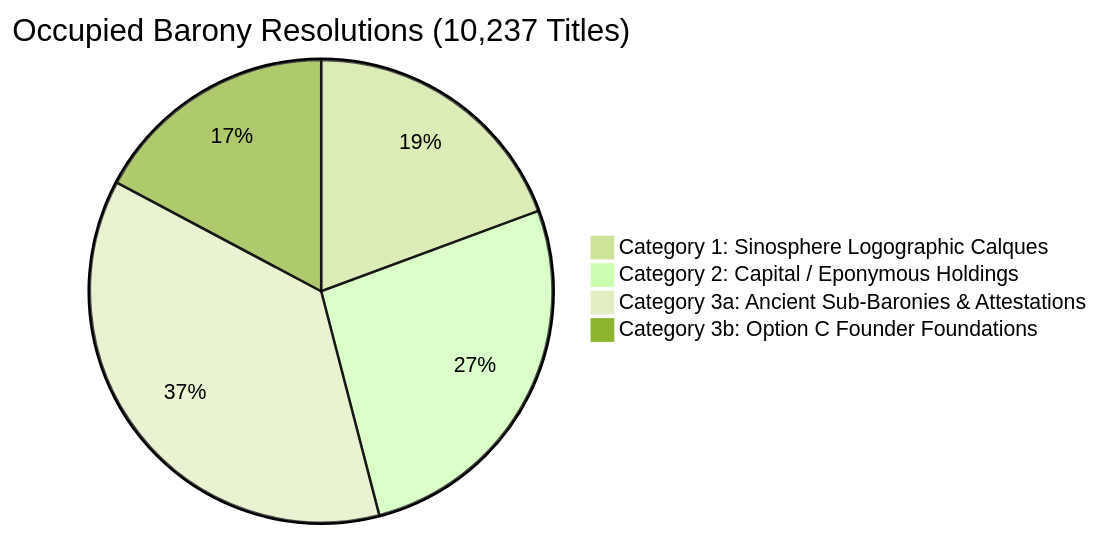
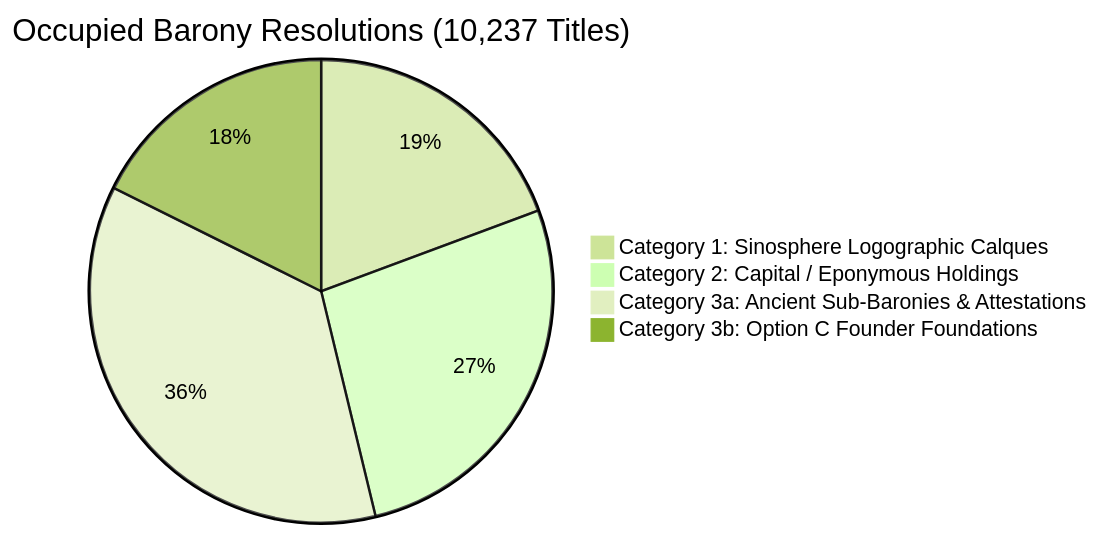
Before and after one commit to skachano/tarraconian_hre: the diagram in barony_historical_audit_and_resolutions.md, drawn with Mermaid (forest theme). The commit also changed other lines of this file and 4 other files, not shown here.

````diff
--- a/barony_historical_audit_and_resolutions.md
+++ b/barony_historical_audit_and_resolutions.md
@@ -38,7 +38,7 @@
 ```mermaid
 pie title Occupied Barony Resolutions (10,237 Titles)
-    "Category 1: Sinosphere Logographic Calques" : 1982
-    "Category 2: Capital / Eponymous Holdings" : 2723
-    "Category 3a: Ancient Sub-Baronies & Attestations" : 3769
-    "Category 3b: Option C Founder Foundations" : 1763
+    "Category 1: Sinosphere Logographic Calques" : 1979
+    "Category 2: Capital / Eponymous Holdings" : 2753
+    "Category 3a: Ancient Sub-Baronies & Attestations" : 3699
+    "Category 3b: Option C Founder Foundations" : 1806
 ```
````
